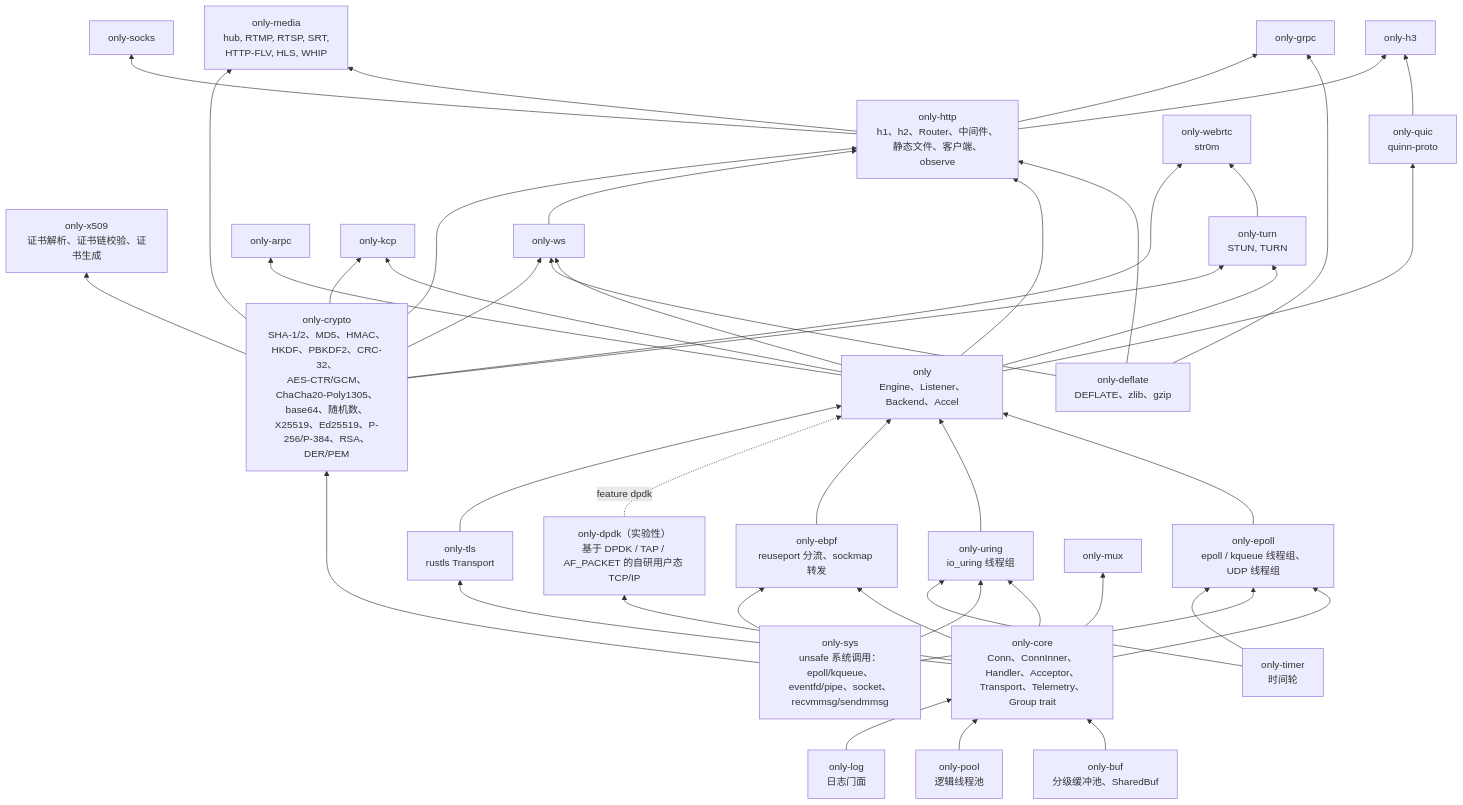
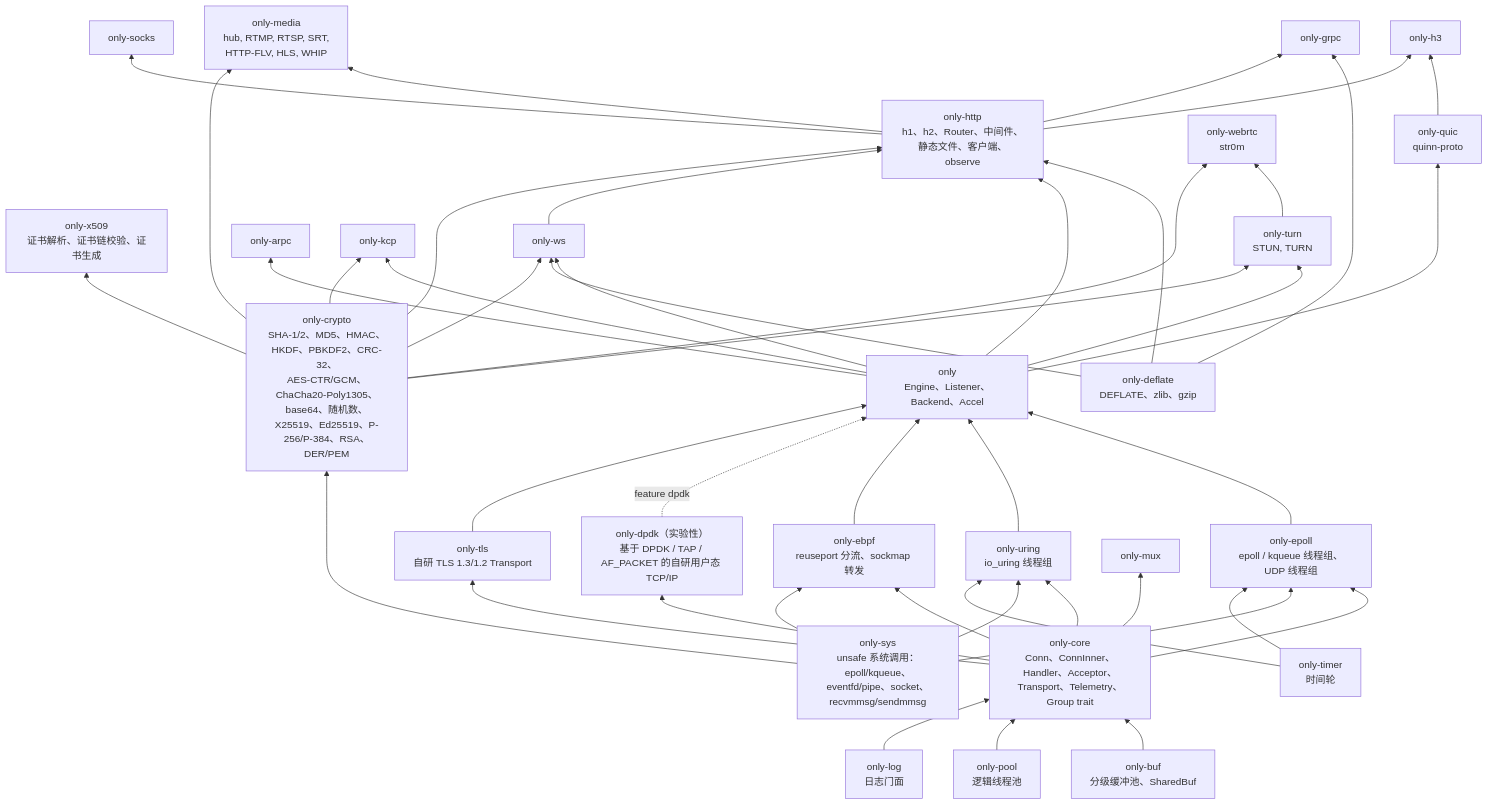
Before and after one commit to lesismal/akio: the first of 6 diagrams in docs/architecture.zh-CN.md, drawn with Mermaid. The commit also changed other lines of this file and 104 other files, not shown here.

First line of the commit message:
feat(only-tls)!: own TLS 1.3 and 1.2, no rustls or ring (DEV-PLAN wave C)

````diff
--- a/docs/architecture.zh-CN.md
+++ b/docs/architecture.zh-CN.md
@@ -12,74 +12,74 @@
 ```mermaid
 flowchart BT
     sys["only-sys<br/>unsafe 系统调用：epoll/kqueue、<br/>eventfd/pipe、socket、recvmmsg/sendmmsg"]
     crypto["only-crypto<br/>SHA-1/2、MD5、HMAC、HKDF、PBKDF2、CRC-32、<br/>AES-CTR/GCM、ChaCha20-Poly1305、base64、随机数、<br/>X25519、Ed25519、P-256/P-384、RSA、DER/PEM"]
     x509["only-x509<br/>证书解析、证书链校验、证书生成"]
     buf["only-buf<br/>分级缓冲池、SharedBuf"]
     timer["only-timer<br/>时间轮"]
     deflate["only-deflate<br/>DEFLATE、zlib、gzip"]
     logc["only-log<br/>日志门面"]
     pool["only-pool<br/>逻辑线程池"]
     core["only-core<br/>Conn、ConnInner、Handler、Acceptor、<br/>Transport、Telemetry、Group trait"]
     epoll["only-epoll<br/>epoll / kqueue 线程组、UDP 线程组"]
     uring["only-uring<br/>io_uring 线程组"]
     ebpf["only-ebpf<br/>reuseport 分流、sockmap 转发"]
     dpdk["only-dpdk（实验性）<br/>基于 DPDK / TAP / AF_PACKET 的自研用户态 TCP/IP"]
-    tls["only-tls<br/>rustls Transport"]
+    tls["only-tls<br/>自研 TLS 1.3/1.2 Transport"]
     facade["only<br/>Engine、Listener、Backend、Accel"]
     http["only-http<br/>h1、h2、Router、中间件、<br/>静态文件、客户端、observe"]
     ws[only-ws]
     grpc[only-grpc]
     arpc[only-arpc]
     socks[only-socks]
     mux[only-mux]
     quic["only-quic<br/>quinn-proto"]
     h3[only-h3]
     kcp[only-kcp]
     turn["only-turn<br/>STUN, TURN"]
     webrtc["only-webrtc<br/>str0m"]
     media["only-media<br/>hub, RTMP, RTSP, SRT,<br/>HTTP-FLV, HLS, WHIP"]
 
     buf --> core
     pool --> core
     logc --> core
     core --> epoll
     sys --> epoll
     timer --> epoll
     core --> uring
     sys --> uring
     timer --> uring
     core --> ebpf
     core --> dpdk
     sys --> ebpf
     core --> tls
     epoll --> facade
     uring --> facade
     ebpf --> facade
     dpdk -.->|feature dpdk| facade
     tls --> facade
     facade --> ws
     deflate --> ws
     deflate --> http
     deflate --> grpc
     facade --> http
     ws --> http
     http --> grpc
     facade --> arpc
     http --> socks
     core --> mux
     facade --> quic
     quic --> h3
     http --> h3
     facade --> kcp
     facade --> turn
     turn --> webrtc
     http --> media
     sys --> crypto
     crypto --> x509
     crypto --> ws
     crypto --> http
     crypto --> kcp
     crypto --> turn
     crypto --> webrtc
     crypto --> media
 ```
````
